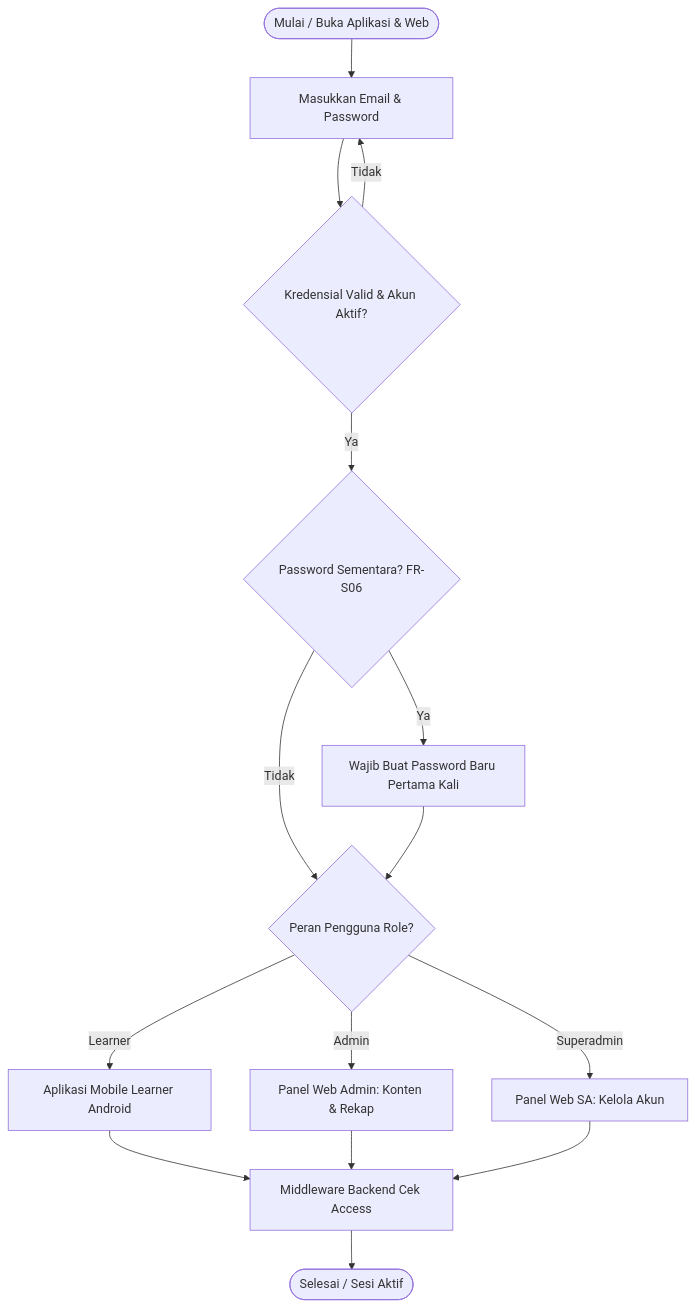
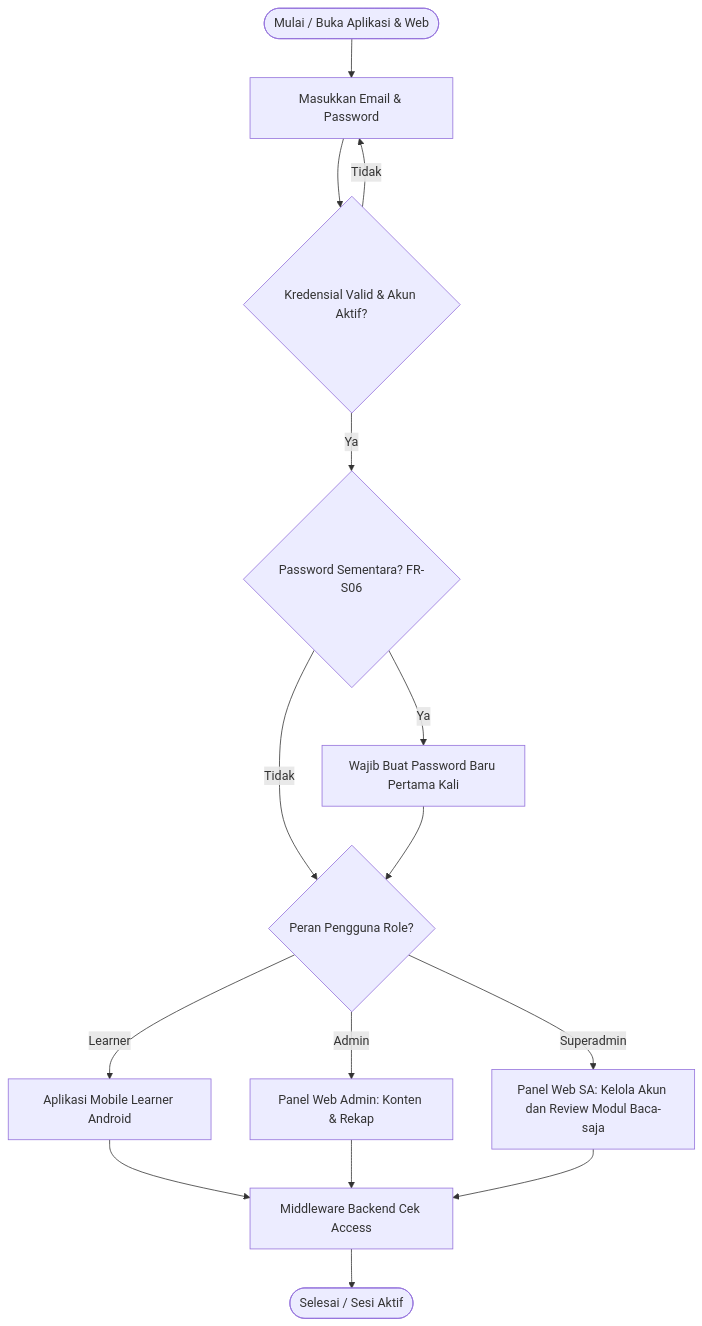
One commit to artadina/sinau_backend changed the second of 5 diagrams in docs/ERD.md. Above: the diagram before and after it, drawn with Mermaid. The commit also changed other lines of this file and 44 other files, not shown here.

````diff
--- a/docs/ERD.md
+++ b/docs/ERD.md
@@ -189,17 +253,17 @@
 ```mermaid
 flowchart TD
     A([Mulai / Buka Aplikasi & Web]) --> B[Masukkan Email & Password]
     B --> C{Kredensial Valid & Akun Aktif?}
     C -- Tidak --> B
     C -- Ya --> D{Password Sementara? FR-S06}
     D -- Ya --> E[Wajib Buat Password Baru Pertama Kali]
     D -- Tidak --> F{Peran Pengguna Role?}
     E --> F
     F -- Learner --> G[Aplikasi Mobile Learner Android]
     F -- Admin --> H[Panel Web Admin: Konten & Rekap]
-    F -- Superadmin --> I[Panel Web SA: Kelola Akun]
+    F -- Superadmin --> I[Panel Web SA: Kelola Akun dan Review Modul Baca-saja]
     G --> J[Middleware Backend Cek Access]
     H --> J
     I --> J
     J --> K([Selesai / Sesi Aktif])
 ```
````
